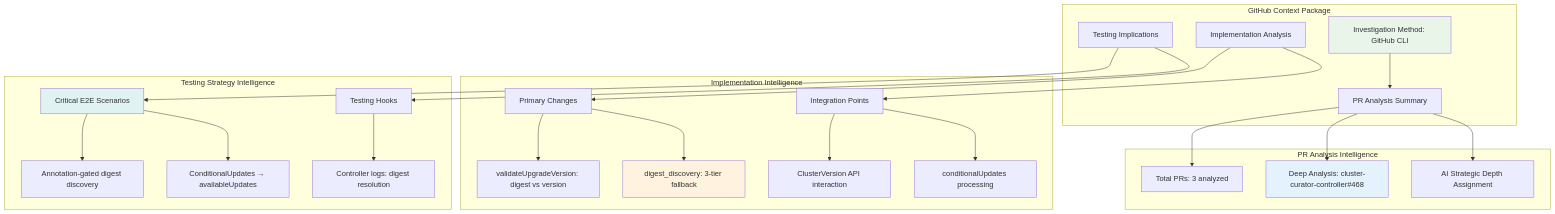
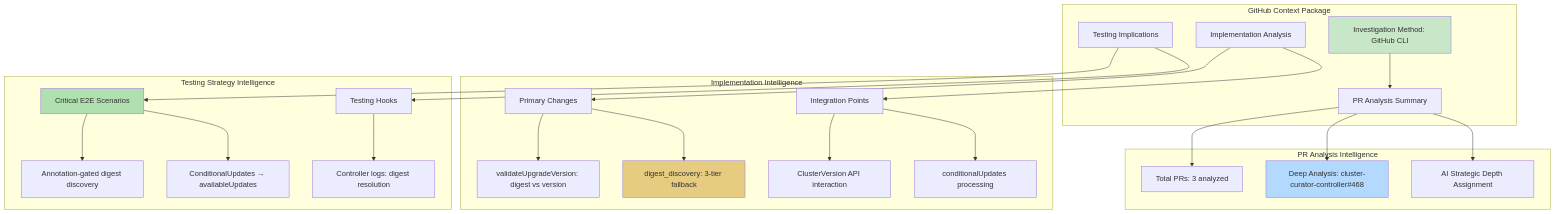
Before and after one commit to stolostron/ai-test-gen: diagram 22 of 29 in apps/claude-test-generator/docs/framework-workflow-details.md, drawn with Mermaid. The commit also changed other lines of this file and 15 other files, not shown here.

First line of the commit message:
🛡️ CRITICAL SECURITY: Implement comprehensive AI security architecture

````diff
--- a/apps/claude-test-generator/docs/framework-workflow-details.md
+++ b/apps/claude-test-generator/docs/framework-workflow-details.md
@@ -1270,55 +1248,55 @@
 ```mermaid
 flowchart TD
     subgraph "GitHub Context Package"
         METHOD[Investigation Method: GitHub CLI]
         SUMMARY[PR Analysis Summary]
         IMPLEMENTATION[Implementation Analysis]
         TESTING[Testing Implications]
     end
     
     subgraph "PR Analysis Intelligence"
         TOTAL[Total PRs: 3 analyzed]
         DEEP[Deep Analysis: cluster-curator-controller#468]
         STRATEGIC[AI Strategic Depth Assignment]
     end
     
     subgraph "Implementation Intelligence"
         CHANGES[Primary Changes]
         INTEGRATION[Integration Points]
         VALIDATE[validateUpgradeVersion: digest vs version]
         ALGORITHM[digest_discovery: 3-tier fallback]
         API[ClusterVersion API interaction]
         CONDITIONAL[conditionalUpdates processing]
     end
     
     subgraph "Testing Strategy Intelligence"
         E2E[Critical E2E Scenarios]
         HOOKS[Testing Hooks]
         ANNOTATION[Annotation-gated digest discovery]
         FALLBACK[ConditionalUpdates → availableUpdates]
         LOGS[Controller logs: digest resolution]
     end
     
     METHOD --> SUMMARY
     SUMMARY --> TOTAL
     SUMMARY --> DEEP
     SUMMARY --> STRATEGIC
     
     IMPLEMENTATION --> CHANGES
     IMPLEMENTATION --> INTEGRATION
     CHANGES --> VALIDATE
     CHANGES --> ALGORITHM
     INTEGRATION --> API
     INTEGRATION --> CONDITIONAL
     
     TESTING --> E2E
     TESTING --> HOOKS
     E2E --> ANNOTATION
     E2E --> FALLBACK
     HOOKS --> LOGS
     
-    style METHOD fill:#e8f5e8
-    style DEEP fill:#e3f2fd
-    style ALGORITHM fill:#fff3e0
-    style E2E fill:#e0f2f1
+    style METHOD fill:#c8e6c8
+    style DEEP fill:#b3d9ff
+    style ALGORITHM fill:#e6cc80
+    style E2E fill:#b0e0b0
 ```
````
